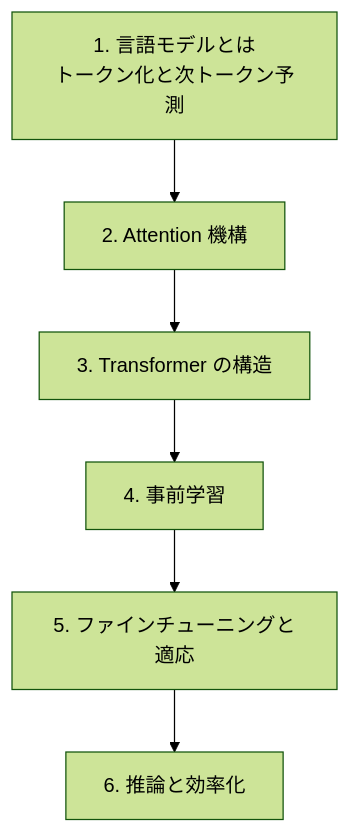
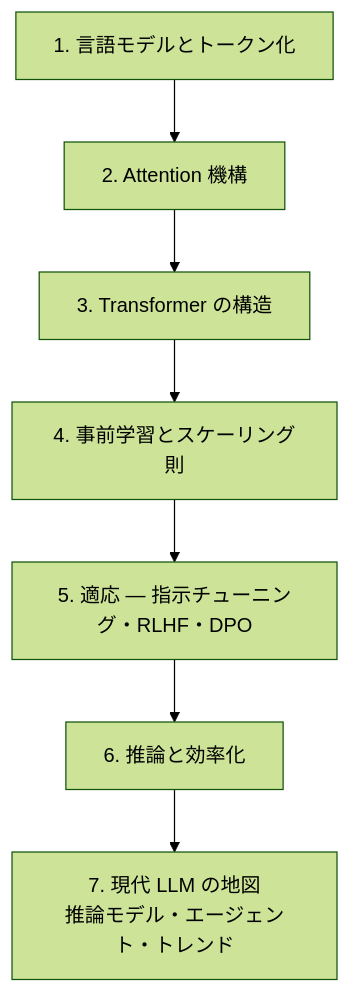
One commit to ksterx/textbook changed the diagram in src/pages/llm/index.md. Above: the diagram before and after it, drawn with Mermaid (forest theme). The commit also changed other lines of this file and 6 other files, not shown here.

````diff
--- a/src/pages/llm/index.md
+++ b/src/pages/llm/index.md
@@ -26,8 +37,9 @@
 ```mermaid
 flowchart TD
-  C1[1. 言語モデルとは<br/>トークン化と次トークン予測] --> C2[2. Attention 機構]
+  C1[1. 言語モデルとトークン化] --> C2[2. Attention 機構]
   C2 --> C3[3. Transformer の構造]
-  C3 --> C4[4. 事前学習]
-  C4 --> C5[5. ファインチューニングと適応]
+  C3 --> C4[4. 事前学習とスケーリング則]
+  C4 --> C5[5. 適応 — 指示チューニング・RLHF・DPO]
   C5 --> C6[6. 推論と効率化]
+  C6 --> C7[7. 現代 LLM の地図<br/>推論モデル・エージェント・トレンド]
 ```
````
